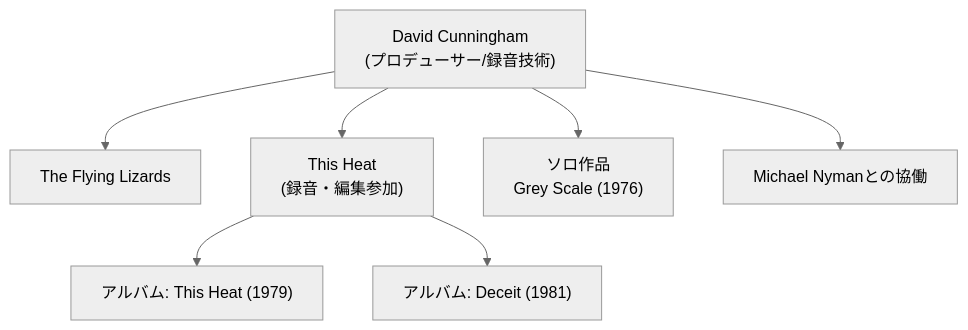
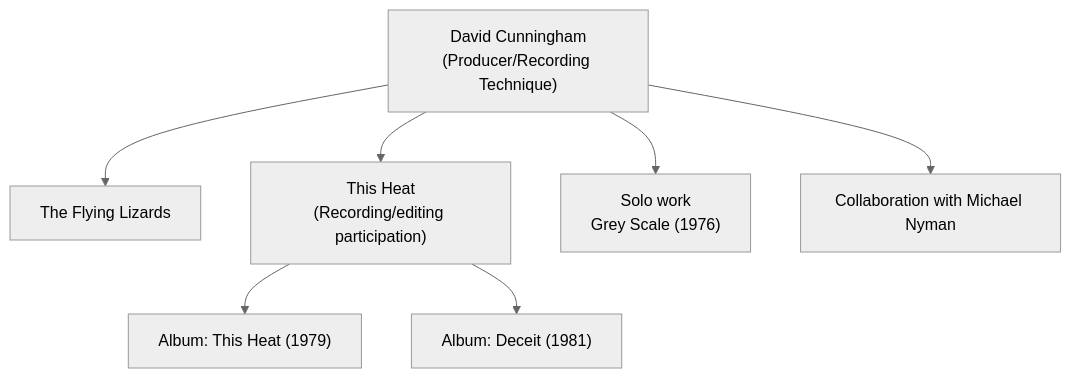
One commit to monumental-movement/monumental-movement.github.io changed the diagram in en/_posts/2025-09-27-Column-David-Cunningham-This-Heat.md. Above: the diagram before and after it, drawn with Mermaid (neutral theme). The commit also changed other lines of this file and 152 other files, not shown here.

```diff
--- a/en/_posts/2025-09-27-Column-David-Cunningham-This-Heat.md
+++ b/en/_posts/2025-09-27-Column-David-Cunningham-This-Heat.md
@@ -163,9 +163,9 @@
 <div class="mermaid">
 flowchart TD
-    A["David Cunningham<br>(プロデューサー/録音技術)"] --> B["The Flying Lizards"]
-    A --> C["This Heat<br>(録音・編集参加)"]
-    C --> D["アルバム: This Heat (1979)"]
-    C --> E["アルバム: Deceit (1981)"]
-    A --> F["ソロ作品<br>Grey Scale (1976)"]
-    A --> G["Michael Nymanとの協働"]
+    A["David Cunningham<br>(Producer/Recording Technique)"] --> B["The Flying Lizards"]
+    A --> C["This Heat<br>(Recording/editing participation)"]
+    C --> D["Album: This Heat (1979)"]
+    C --> E["Album: Deceit (1981)"]
+    A --> F["Solo work<br>Grey Scale (1976)"]
+    A --> G["Collaboration with Michael Nyman"]
 </div>
```
